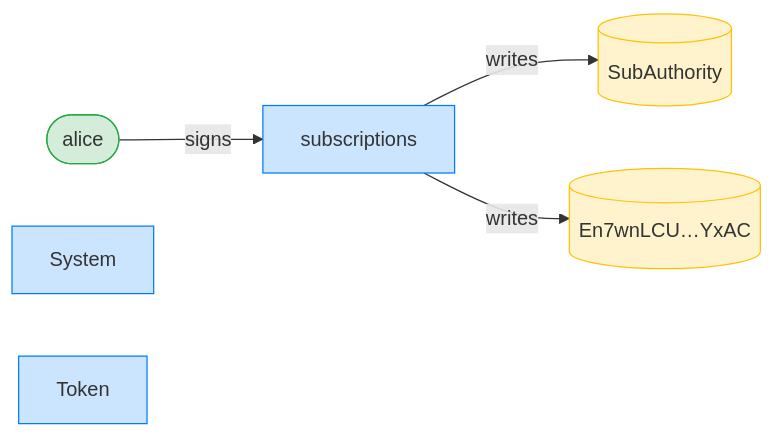
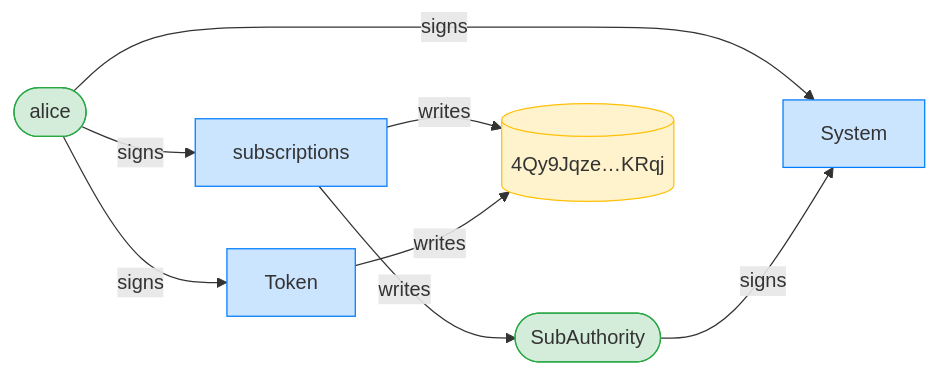
The third of 8 diagrams in dsl_tests/recurring-transfer-exceeding-the-period-limit-is-refused.md (cds-rs/subscriptions), drawn with Mermaid before and after one commit. The commit also changed other lines of this file and 224 other files, not shown here.

````diff
--- a/dsl_tests/recurring-transfer-exceeding-the-period-limit-is-refused.md
+++ b/dsl_tests/recurring-transfer-exceeding-the-period-limit-is-refused.md
@@ -55,15 +56,19 @@
 ```mermaid
 flowchart LR
     classDef signer fill:#d4edda,stroke:#28a745;
     classDef program fill:#cce5ff,stroke:#007bff;
     classDef writable fill:#fff3cd,stroke:#ffc107;
     subscriptions[subscriptions]:::program
     alice([alice]):::signer
-    SubAuthority[(SubAuthority)]:::writable
-    En7wnLCU_YxAC[("En7wnLCU…YxAC")]:::writable
+    SubAuthority([SubAuthority]):::signer
+    4Qy9Jqze_KRqj[("4Qy9Jqze…KRqj")]:::writable
     System[System]:::program
     Token[Token]:::program
     alice -->|signs| subscriptions
+    alice -->|signs| System
+    SubAuthority -->|signs| System
+    alice -->|signs| Token
     subscriptions -->|writes| SubAuthority
-    subscriptions -->|writes| En7wnLCU_YxAC
+    subscriptions -->|writes| 4Qy9Jqze_KRqj
+    Token -->|writes| 4Qy9Jqze_KRqj
 ```
````
